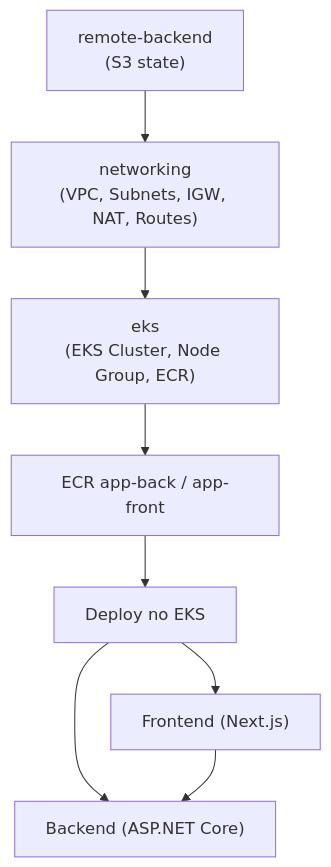
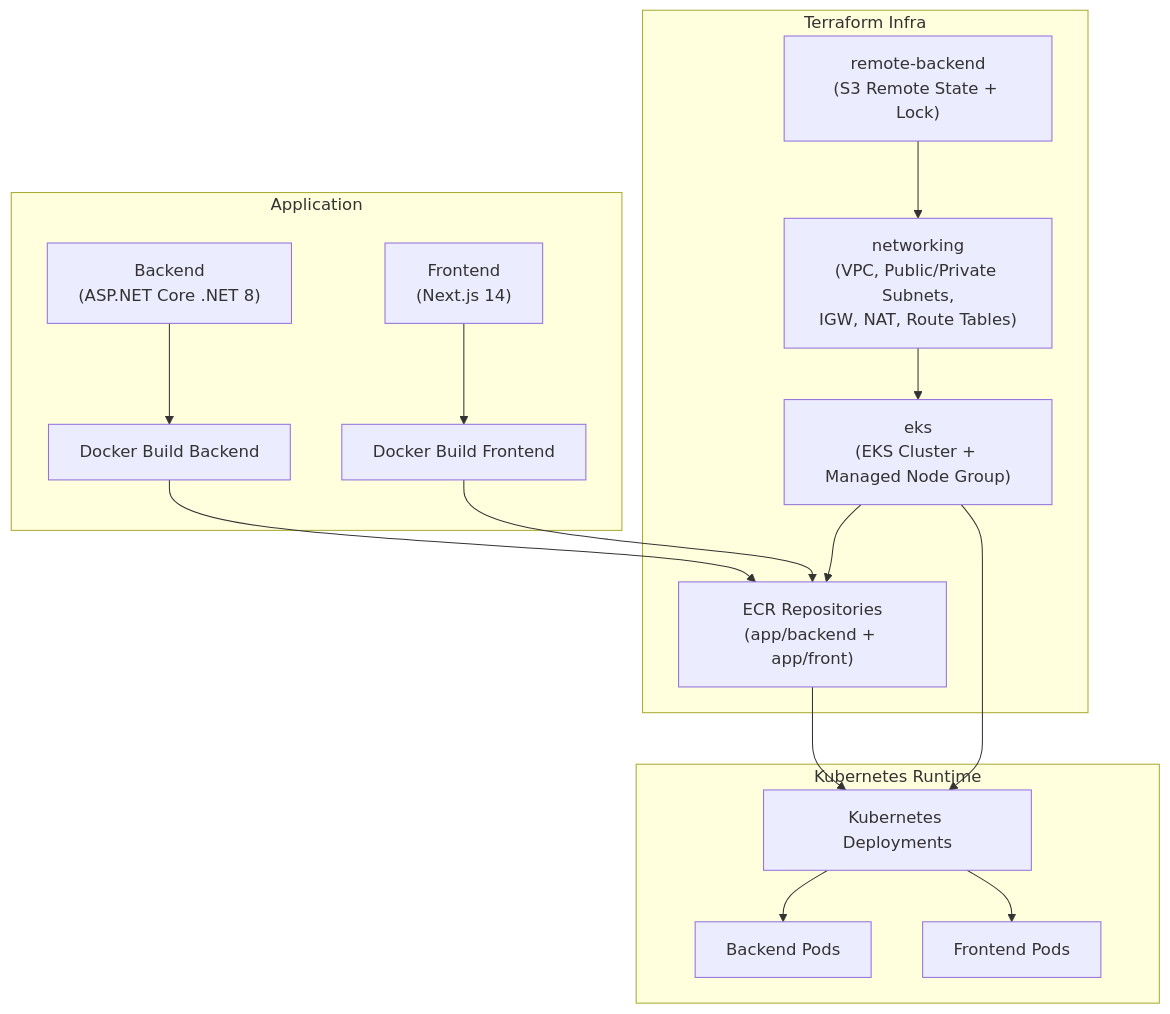
One commit to RildoDias08/tf-eks-gitops-karpenter changed the diagram in README.md. Above: the diagram before and after it, drawn with Mermaid.

Commit message:
upgrade flowchart

````diff
--- a/README.md
+++ b/README.md
@@ -21,10 +21,35 @@
 ```mermaid
 flowchart TD
-    A["remote-backend<br/>(S3 state)"] --> B["networking<br/>(VPC, Subnets, IGW, NAT, Routes)"]
-    B --> C["eks<br/>(EKS Cluster, Node Group, ECR)"]
-    C --> D["ECR app-back / app-front"]
-    D --> E["Deploy no EKS"]
-    E --> F["Frontend (Next.js)"]
-    E --> G["Backend (ASP.NET Core)"]
-    F --> G
+    subgraph Terraform Infra
+        A["remote-backend<br/>(S3 Remote State + Lock)"]
+        B["networking<br/>(VPC, Public/Private Subnets,<br/>IGW, NAT, Route Tables)"]
+        C["eks<br/>(EKS Cluster + Managed Node Group)"]
+        D["ECR Repositories<br/>(app/backend + app/front)"]
+
+        A --> B --> C --> D
+    end
+
+    subgraph Application
+        E["Backend<br/>(ASP.NET Core .NET 8)"]
+        F["Frontend<br/>(Next.js 14)"]
+        G["Docker Build Backend"]
+        H["Docker Build Frontend"]
+
+        E --> G
+        F --> H
+    end
+
+    subgraph Kubernetes Runtime
+        I["Kubernetes Deployments"]
+        J["Backend Pods"]
+        K["Frontend Pods"]
+
+        I --> J
+        I --> K
+    end
+
+    G --> D
+    H --> D
+    D --> I
+    C --> I
 ```
````
